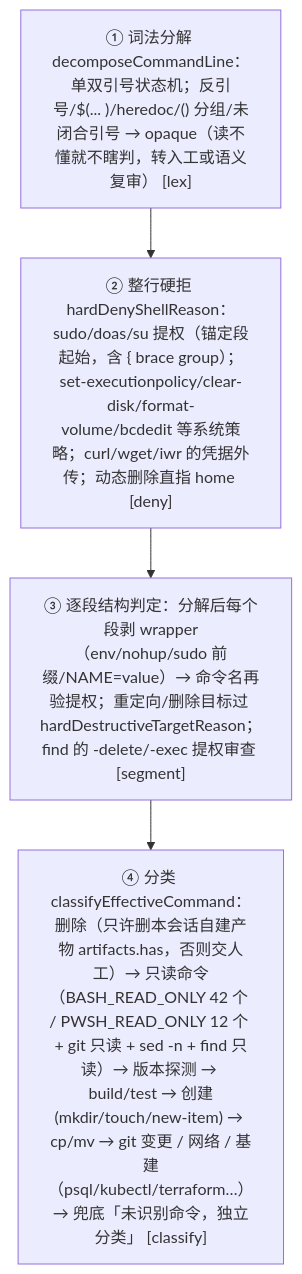
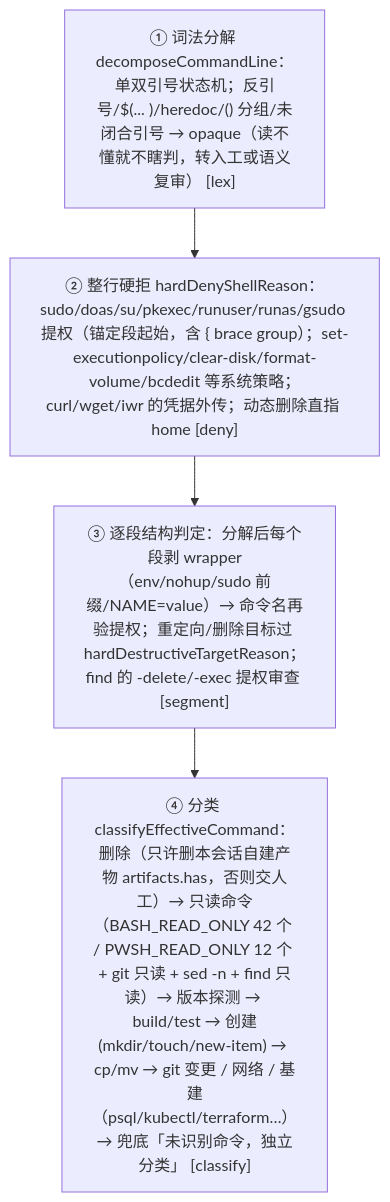
Before and after one commit to cuddly-guacamole/dsh-auto-approval-llm: the second of 3 diagrams in docs/03-static-engine.md, drawn with Mermaid. The commit also changed other lines of this file and 2 other files, not shown here.

Commit message:
docs: match the static-engine text to the widened fuses
The whole-line privilege fuse covers the guard list's names now (pkexec,
runuser, runas, gsudo added), and an output flag's target runs the same three
write-target predicates as a redirection — a hit is a hard deny, not merely a
fall out of the read-only fast path. Both statements in docs/03 and the
privilege row in docs/15 still described the narrower behavior. Declared test
counts follow the new cases as usual.

````diff
--- a/docs/03-static-engine.md
+++ b/docs/03-static-engine.md
@@ -92,7 +92,7 @@
 ```mermaid
 flowchart TD
     B1["① 词法分解 decomposeCommandLine：单双引号状态机；反引号/$(... )/heredoc/() 分组/未闭合引号 → opaque（读不懂就不瞎判，转入工或语义复审） [lex]"]
-    B1 --> B2["② 整行硬拒 hardDenyShellReason：sudo/doas/su 提权（锚定段起始，含 { brace group）；set-executionpolicy/clear-disk/format-volume/bcdedit 等系统策略；curl/wget/iwr 的凭据外传；动态删除直指 home [deny]"]
+    B1 --> B2["② 整行硬拒 hardDenyShellReason：sudo/doas/su/pkexec/runuser/runas/gsudo 提权（锚定段起始，含 { brace group）；set-executionpolicy/clear-disk/format-volume/bcdedit 等系统策略；curl/wget/iwr 的凭据外传；动态删除直指 home [deny]"]
     B2 --> B3["③ 逐段结构判定：分解后每个段剥 wrapper（env/nohup/sudo 前缀/NAME=value）→ 命令名再验提权；重定向/删除目标过 hardDestructiveTargetReason；find 的 -delete/-exec 提权审查 [segment]"]
     B3 --> B4["④ 分类 classifyEffectiveCommand：删除（只许删本会话自建产物 artifacts.has，否则交人工）→ 只读命令（BASH_READ_ONLY 42 个 / PWSH_READ_ONLY 12 个 + git 只读 + sed -n + find 只读）→ 版本探测 → build/test → 创建(mkdir/touch/new-item) → cp/mv → git 变更 / 网络 / 基建（psql/kubectl/terraform…）→ 兜底「未识别命令，独立分类」 [classify]"]
 ```
````
